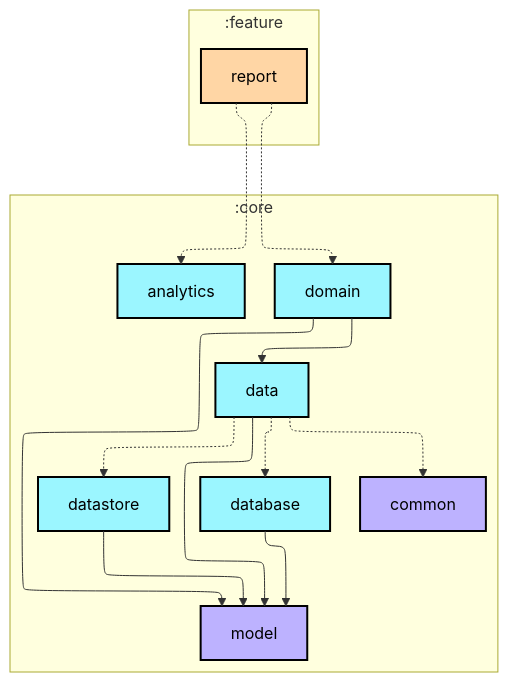
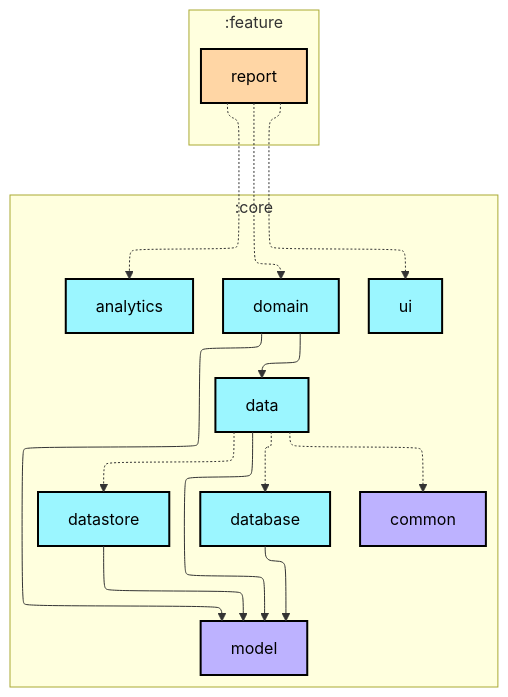
One commit to Sunior-k/walklog changed the first of 2 diagrams in feature/report/README.md. Above: the diagram before and after it, drawn with Mermaid. The commit also changed 131 other files, not shown here.

````diff
--- a/feature/report/README.md
+++ b/feature/report/README.md
@@ -17,41 +17,43 @@
 ```mermaid
 ---
 config:
   layout: elk
   elk:
     nodePlacementStrategy: SIMPLE
 ---
 graph TB
   subgraph :feature
     direction TB
     :feature:report[report]:::android-feature
   end
 
   subgraph :core
     direction TB
     :core:domain[domain]:::android-library
     :core:data[data]:::android-library
     :core:database[database]:::android-library
     :core:datastore[datastore]:::android-library
     :core:common[common]:::jvm-library
     :core:model[model]:::jvm-library
     :core:analytics[analytics]:::android-library
+    :core:ui[ui]:::android-library
   end
 
   :feature:report -.-> :core:domain
   :feature:report -.-> :core:analytics
+  :feature:report -.-> :core:ui
   :core:domain --> :core:data
   :core:domain --> :core:model
   :core:data --> :core:model
   :core:data -.-> :core:database
   :core:data -.-> :core:datastore
   :core:data -.-> :core:common
   :core:database --> :core:model
   :core:datastore --> :core:model
 
 classDef android-application fill:#CAFFBF,stroke:#000,stroke-width:2px,color:#000;
 classDef android-feature fill:#FFD6A5,stroke:#000,stroke-width:2px,color:#000;
 classDef android-library fill:#9BF6FF,stroke:#000,stroke-width:2px,color:#000;
 classDef android-test fill:#A0C4FF,stroke:#000,stroke-width:2px,color:#000;
 classDef jvm-library fill:#BDB2FF,stroke:#000,stroke-width:2px,color:#000;
 ```
````
